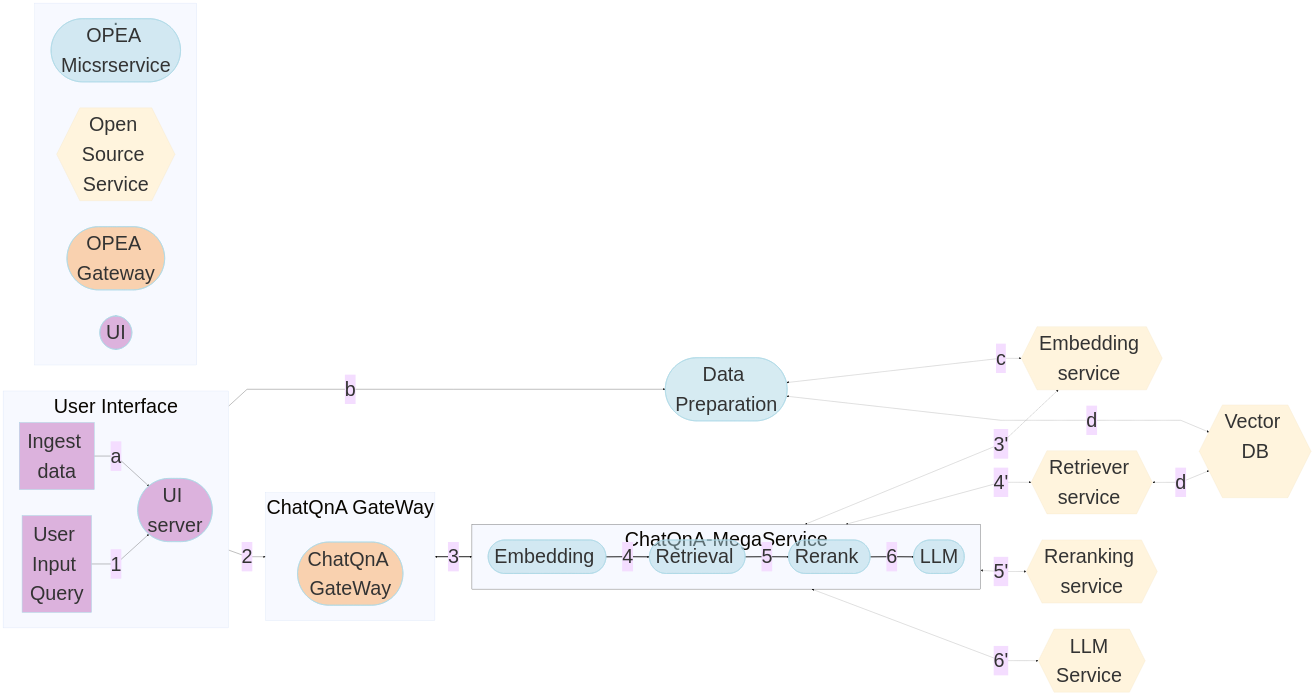
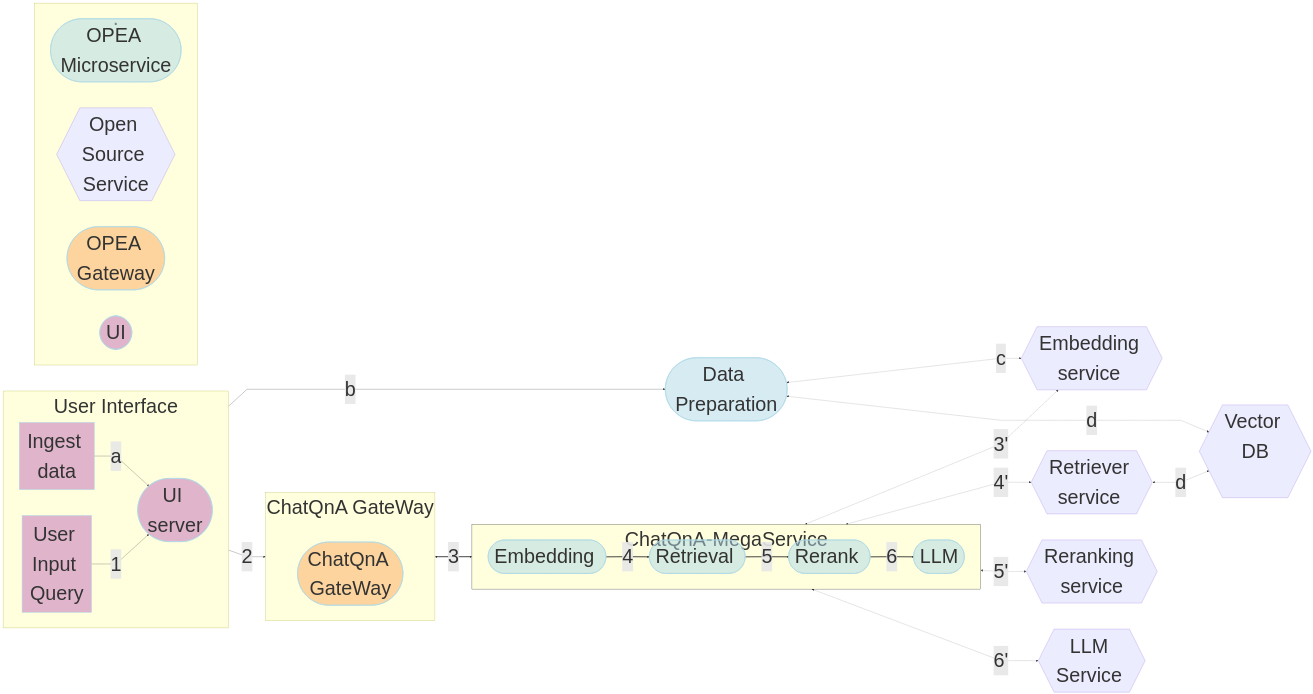
The diagram in ChatQnA/README.md (ctao456/GenAIExamples), drawn with Mermaid before and after one commit.

Commit message:
custom to both light and dark themes

```diff
--- a/ChatQnA/README.md
+++ b/ChatQnA/README.md
@@ -19,10 +19,10 @@
     rankSpacing: 100
     curve: linear
     useMaxWidth: true
-  theme: base
   themeVariables:
     fontSize: 76px
 ---
+
 flowchart LR
     %% Colors %%
     classDef blue fill:#ADD8E6,stroke:#ADD8E6,stroke-width:2px,fill-opacity:0.5
@@ -53,7 +53,7 @@
     end
     subgraph .
         direction LR
-        X([OPEA Micsrservice]):::blue
+        X([OPEA Microservice]):::blue
         Y{{Open Source Service}}
         Z([OPEA Gateway]):::orange
         Z1([UI]):::orchid
```
